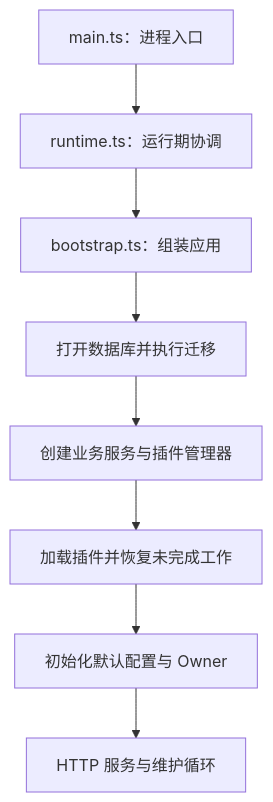
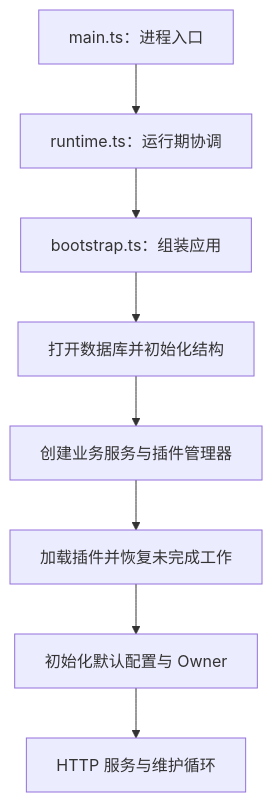
The first of 3 diagrams in docs/development/architecture.md (llleixx/picloom), drawn with Mermaid before and after one commit. The commit also changed other lines of this file and 49 other files, not shown here.

````diff
--- a/docs/development/architecture.md
+++ b/docs/development/architecture.md
@@ -7,10 +7,10 @@
 ```mermaid
 flowchart TD
   main[main.ts：进程入口] --> runtime[runtime.ts：运行期协调]
   runtime --> bootstrap[bootstrap.ts：组装应用]
-  bootstrap --> db[打开数据库并执行迁移]
+  bootstrap --> db[打开数据库并初始化结构]
   db --> services[创建业务服务与插件管理器]
   services --> recovery[加载插件并恢复未完成工作]
   recovery --> ready[初始化默认配置与 Owner]
   ready --> serve[HTTP 服务与维护循环]
 ```
````
